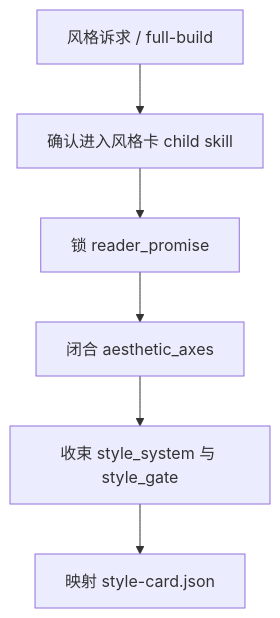
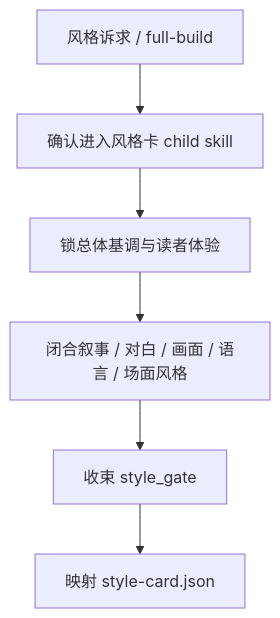
Before and after one commit to ZEN-VOID/AI-CUT: the first of 3 diagrams in .agents/skills/story/1-Cards/风格卡/SKILL.md, drawn with Mermaid. The commit also changed other lines of this file and 332 other files, not shown here.

````diff
--- a/.agents/skills/story/1-Cards/风格卡/SKILL.md
+++ b/.agents/skills/story/1-Cards/风格卡/SKILL.md
@@ -46,8 +50,8 @@
 ```mermaid
 flowchart TD
     A["风格诉求 / full-build"] --> B["确认进入风格卡 child skill"]
-    B --> C["锁 reader_promise"]
-    C --> D["闭合 aesthetic_axes"]
-    D --> E["收束 style_system 与 style_gate"]
+    B --> C["锁总体基调与读者体验"]
+    C --> D["闭合叙事 / 对白 / 画面 / 语言 / 场面风格"]
+    D --> E["收束 style_gate"]
     E --> F["映射 style-card.json"]
 ```
````
